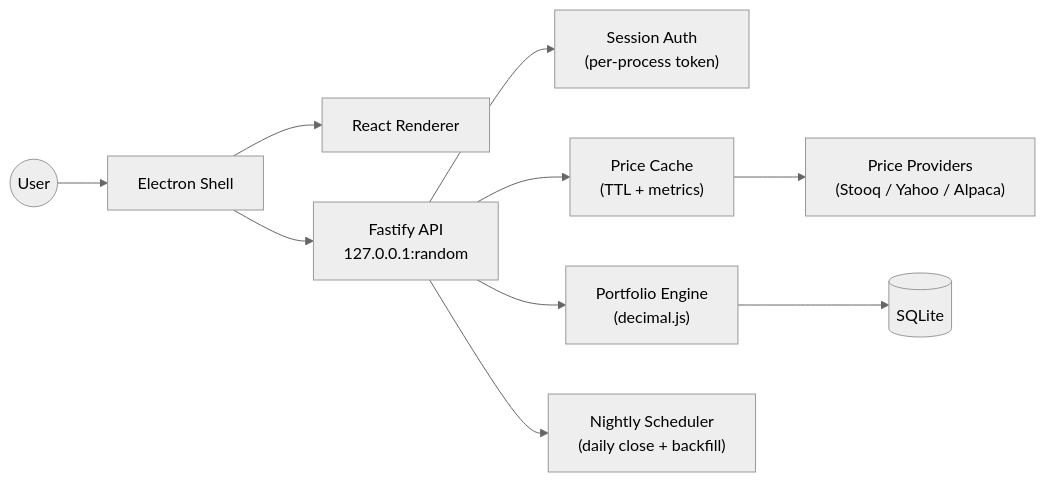
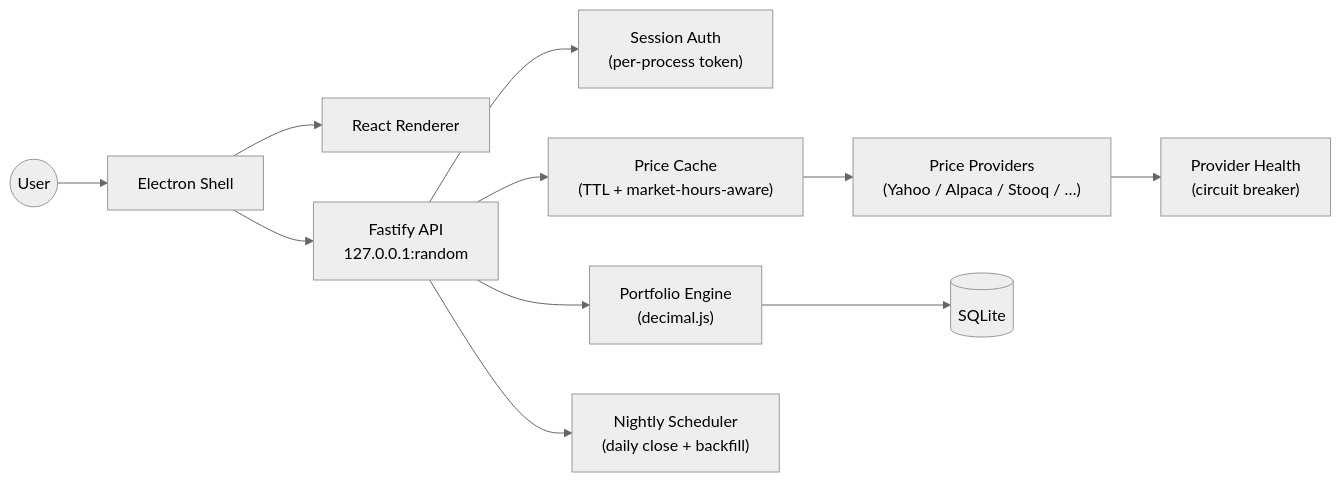
Before and after one commit to cortega26/portfolio-manager-server: the diagram in README.md, drawn with Mermaid (neutral theme). The commit also changed other lines of this file, not shown here.

````diff
--- a/README.md
+++ b/README.md
@@ -24,12 +44,13 @@
 ```mermaid
 flowchart LR
   user((User)) --> electron[Electron Shell]
   electron --> renderer[React Renderer]
-  electron --> express[Fastify API<br/>127.0.0.1:random]
-  express --> session["Session Auth<br/>(per-process token)"]
-  express --> cache["Price Cache<br/>(TTL + metrics)"]
-  cache --> providers["Price Providers<br/>(Stooq / Yahoo / Alpaca)"]
-  express --> engine["Portfolio Engine<br/>(decimal.js)"]
+  electron --> fastify[Fastify API<br/>127.0.0.1:random]
+  fastify --> session["Session Auth<br/>(per-process token)"]
+  fastify --> cache["Price Cache<br/>(TTL + market-hours-aware)"]
+  cache --> providers["Price Providers<br/>(Yahoo / Alpaca / Stooq / …)"]
+  providers --> health["Provider Health<br/>(circuit breaker)"]
+  fastify --> engine["Portfolio Engine<br/>(decimal.js)"]
   engine --> sqlite[(SQLite)]
-  express --> scheduler["Nightly Scheduler<br/>(daily close + backfill)"]
+  fastify --> scheduler["Nightly Scheduler<br/>(daily close + backfill)"]
 ```
````
